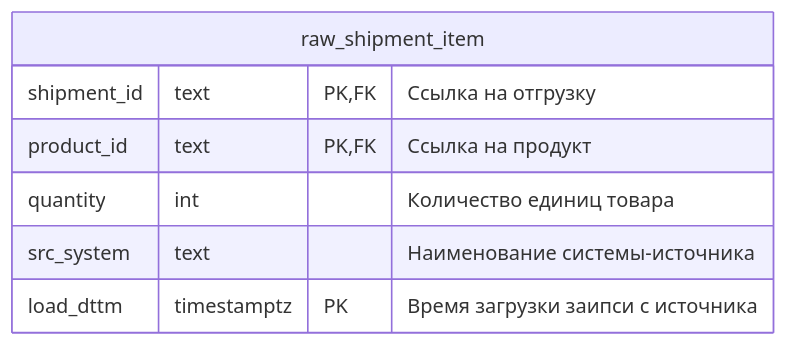
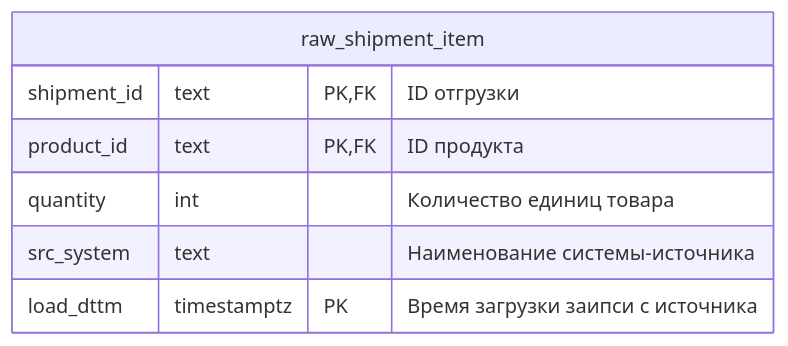
One commit to vgorbikov/dq-practice changed the ninth of 12 diagrams in docs/db_schema/Сырые данные.md. Above: the diagram before and after it, drawn with Mermaid. The commit also changed other lines of this file and 2 other files, not shown here.

Commit message:
fix db schema

````diff
--- a/docs/db_schema/Сырые данные.md
+++ b/docs/db_schema/Сырые данные.md
@@ -150,12 +150,12 @@
 ```mermaid
 erDiagram
 
 raw_shipment_item {
-    shipment_id text PK,FK "Ссылка на отгрузку"
-    product_id text PK,FK "Ссылка на продукт"
+    shipment_id text PK,FK "ID отгрузки"
+    product_id text PK,FK "ID продукта"
     quantity int "Количество единиц товара"
     src_system text "Наименование системы-источника"
     load_dttm timestamptz PK "Время загрузки заипси с источника"
 }
 
 ```
````
